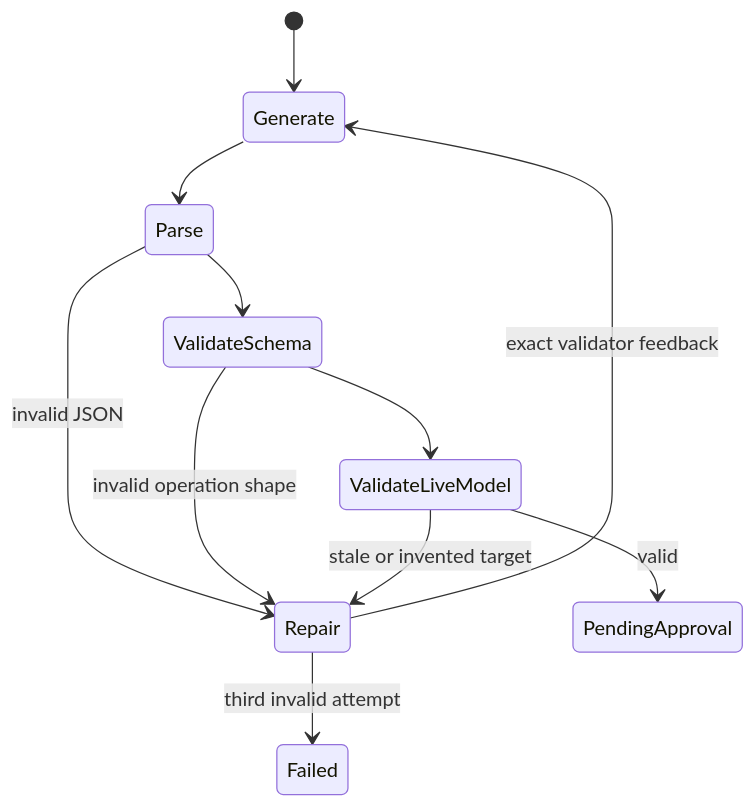
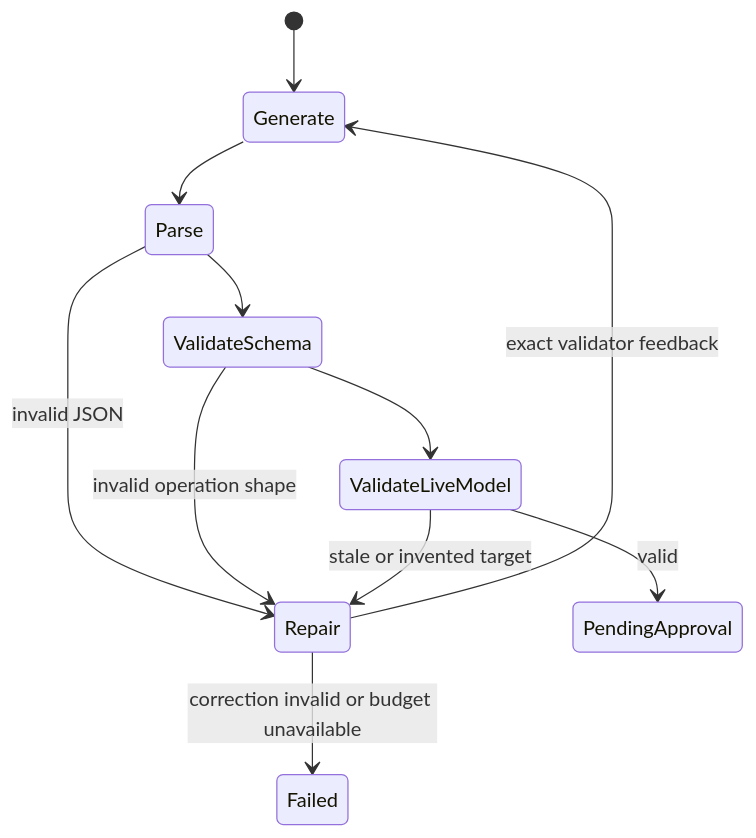
Before and after one commit to MayoWolf/MorAssistant: the second of 3 diagrams in docs/architecture.md, drawn with Mermaid. The commit also changed other lines of this file and 14 other files, not shown here.

````diff
--- a/docs/architecture.md
+++ b/docs/architecture.md
@@ -100,13 +100,13 @@
 ```mermaid
 stateDiagram-v2
   [*] --> Generate
   Generate --> Parse
   Parse --> ValidateSchema
   ValidateSchema --> ValidateLiveModel
   Parse --> Repair: invalid JSON
   ValidateSchema --> Repair: invalid operation shape
   ValidateLiveModel --> Repair: stale or invented target
   Repair --> Generate: exact validator feedback
   ValidateLiveModel --> PendingApproval: valid
-  Repair --> Failed: third invalid attempt
+  Repair --> Failed: correction invalid or budget unavailable
 ```
````
